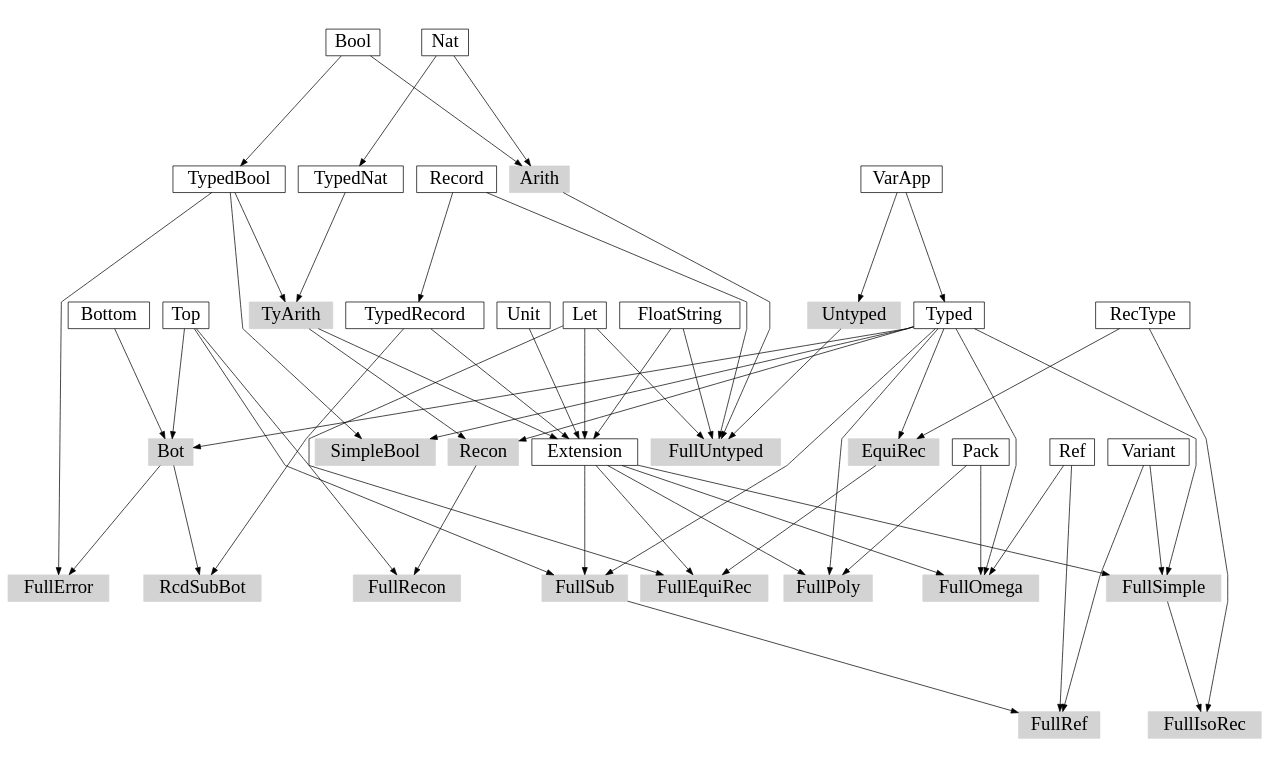
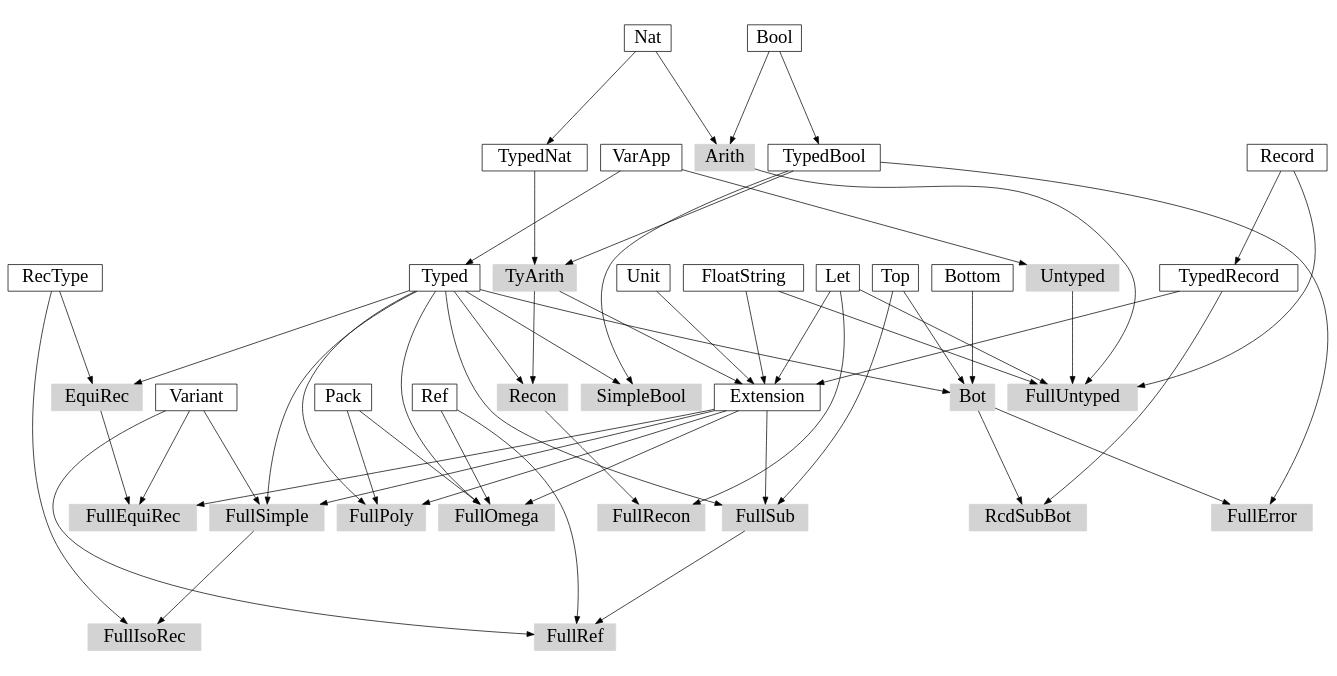
The diagram in misc/graph.dot (lihuanglx/tapl-visitor), drawn with Graphviz before and after one commit. The commit also changed 1 other file, not shown here.

Commit message:
SLOC script and graph

```diff
--- a/misc/graph.dot
+++ b/misc/graph.dot
@@ -1,59 +1,56 @@
 digraph G {
-    ratio=0.6;
-    splines=polyline;
+    ratio=0.5;
+    //splines=polyline;
 
     node[fontsize=26, shape=box];
 
     {
         node[style=filled, color=lightgray];
 
         Arith;
         Untyped;
         FullUntyped;
         TyArith;
         SimpleBool;
         FullSimple;
         Bot;
         FullRef;
         FullError;
         RcdSubBot;
         FullSub;
         FullEquiRec;
         FullIsoRec;
         EquiRec;
         Recon;
         FullRecon;
         FullPoly;
         FullOmega;
     }
 
     // components
     Bool -> TypedBool;
     Nat -> TypedNat;
     Record -> TypedRecord;
     VarApp -> Typed;
-    TyArith, FloatString, Let, TypedRecord -> Extension;
-    //TypeVar -> RecType;
-    Unit -> Extension;
+    TyArith, FloatString, Let, TypedRecord, Unit -> Extension;
 
     // calculi
     Bool, Nat -> Arith;
     VarApp -> Untyped;
     Arith, Untyped, Record, FloatString, Let -> FullUntyped;
     TypedBool, TypedNat -> TyArith;
     Typed, TypedBool -> SimpleBool;
     Typed, Extension, Variant -> FullSimple;
     Typed, Top, Bottom -> Bot;
-    FullSub, Variant, Ref -> FullRef;
     Bot, TypedBool -> FullError;
     Bot, TypedRecord -> RcdSubBot;
     Typed, Extension, Top -> FullSub;
+    FullSub, Variant, Ref -> FullRef;
     Typed, RecType -> EquiRec;
-    EquiRec, Extension, Top -> FullEquiRec;
+    EquiRec, Extension, Variant -> FullEquiRec;
     FullSimple, RecType -> FullIsoRec;
     Typed, TyArith -> Recon;
     Recon, Let -> FullRecon;
-
     Typed, Extension, Pack -> FullPoly;
     Typed, Extension, Pack, Ref -> FullOmega;
 }
```
